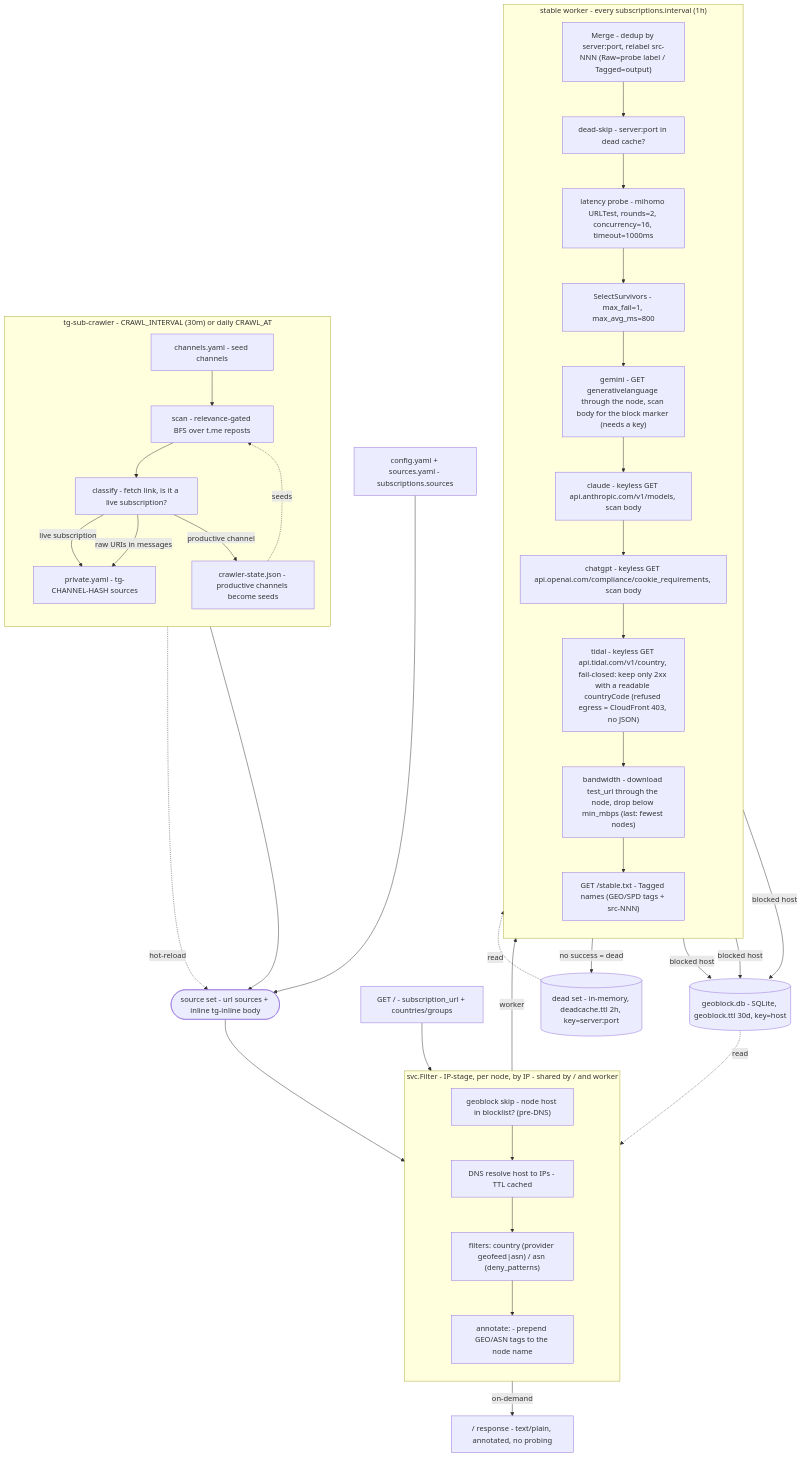
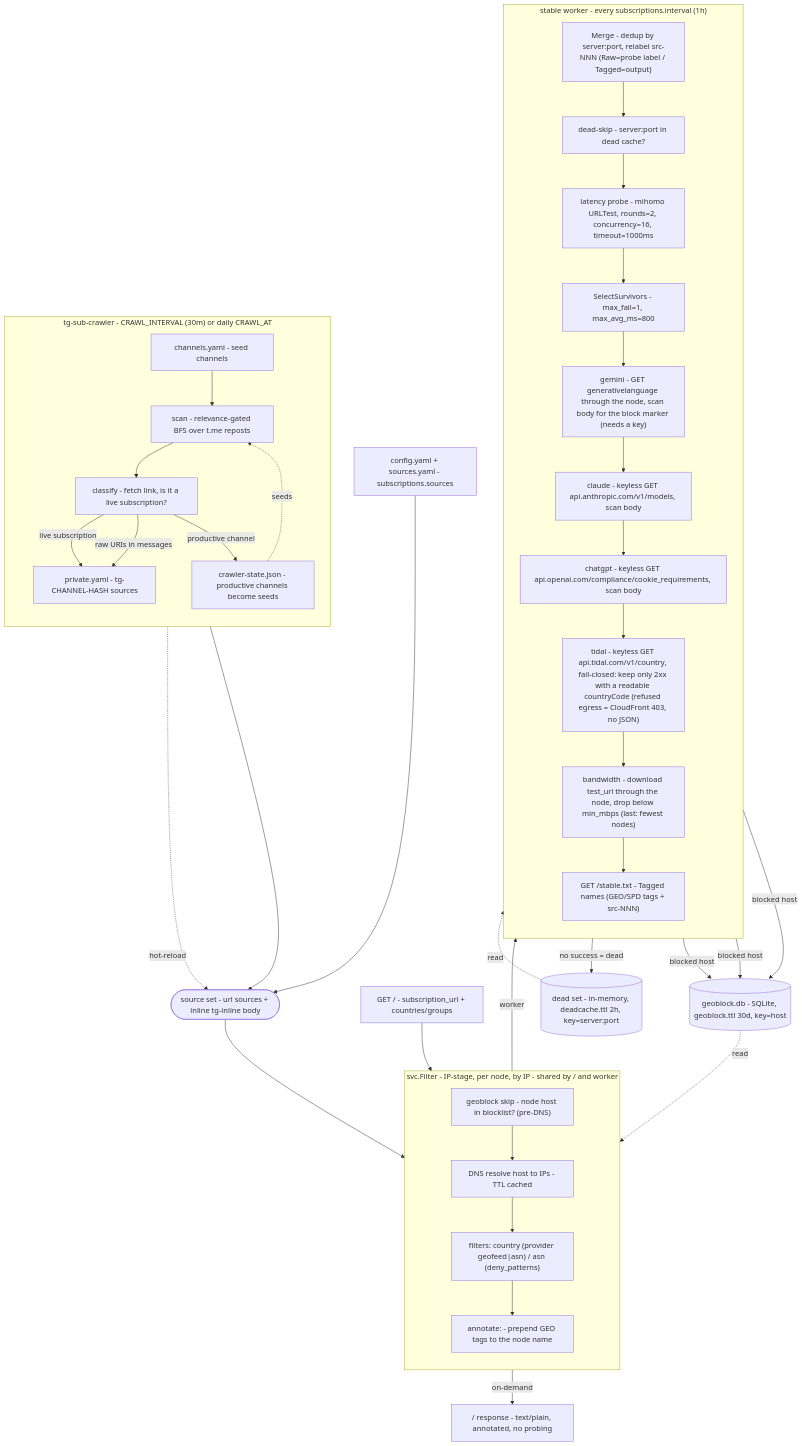
One commit to labi-le/sub-preprocessor changed the diagram in pipeline.mmd. Above: the diagram before and after it, drawn with Mermaid. The commit also changed 15 other files, not shown here.

First line of the commit message:
refactor: remove the ASN annotate tag, keep its strip arm

```diff
--- a/pipeline.mmd
+++ b/pipeline.mmd
@@ -1,69 +1,69 @@
 %% sub-preprocessor - processing pipeline
 %% ONE ordered `filters:` list feeds two stages:
 %%   IP-stage      = country/asn, per node by IP, on / and the worker
 %%   through-node  = gemini/claude/chatgpt/tidal/bandwidth, worker only
 flowchart TD
   %% ================= Crawler =================
   subgraph CRAWLER["tg-sub-crawler - CRAWL_INTERVAL (30m) or daily CRAWL_AT"]
     direction TB
     CH["channels.yaml - seed channels"]
     SCAN["scan - relevance-gated BFS over t.me reposts"]
     CLS["classify - fetch link, is it a live subscription?"]
     STATE["crawler-state.json - productive channels become seeds"]
     CH --> SCAN --> CLS
     CLS -->|live subscription| PRIV["private.yaml - tg-CHANNEL-HASH sources"]
     CLS -->|raw URIs in messages| PRIV
     CLS -->|productive channel| STATE
     STATE -. seeds .-> SCAN
   end
 
   %% ================= Source set =================
   CFG["config.yaml + sources.yaml - subscriptions.sources"]
   SRC(["source set - url sources + inline tg-inline body"])
   CFG --> SRC
   PRIV --> SRC
   PRIV -. hot-reload .-> SRC
 
   %% ================= IP-stage filters (shared by both paths) =================
   subgraph FILTER["svc.Filter - IP-stage, per node, by IP - shared by / and worker"]
     direction TB
     GBH["geoblock skip - node host in blocklist? (pre-DNS)"]
     RES["DNS resolve host to IPs - TTL cached"]
     IPF["filters: country (provider geofeed|asn) / asn (deny_patterns)"]
-    ANN["annotate: - prepend GEO/ASN tags to the node name"]
+    ANN["annotate: - prepend GEO tags to the node name"]
     GBH --> RES --> IPF --> ANN
   end
 
   %% ================= On-demand path (/) =================
   REQ["GET / - subscription_url + countries/groups"] --> FILTER
   FILTER -->|on-demand| OUT1["/ response - text/plain, annotated, no probing"]
 
   %% ================= Stable worker =================
   subgraph WORKER["stable worker - every subscriptions.interval (1h)"]
     direction TB
     MERGE["Merge - dedup by server:port, relabel src-NNN (Raw=probe label / Tagged=output)"]
     DEAD["dead-skip - server:port in dead cache?"]
     LAT["latency probe - mihomo URLTest, rounds=2, concurrency=16, timeout=1000ms"]
     SEL["SelectSurvivors - max_fail=1, max_avg_ms=800"]
     GEM["gemini - GET generativelanguage through the node, scan body for the block marker (needs a key)"]
     CLA["claude - keyless GET api.anthropic.com/v1/models, scan body"]
     CGP["chatgpt - keyless GET api.openai.com/compliance/cookie_requirements, scan body"]
     TDL["tidal - keyless GET api.tidal.com/v1/country, fail-closed: keep only 2xx with a readable countryCode (refused egress = CloudFront 403, no JSON)"]
     BWD["bandwidth - download test_url through the node, drop below min_mbps (last: fewest nodes)"]
     PUBL["GET /stable.txt - Tagged names (GEO/SPD tags + src-NNN)"]
     MERGE --> DEAD --> LAT --> SEL --> GEM --> CLA --> CGP --> TDL --> BWD --> PUBL
   end
   SRC --> FILTER
   FILTER -->|worker| MERGE
 
   %% ================= Stores =================
   GEODB[("geoblock.db - SQLite, geoblock.ttl 30d, key=host")]
   DEADSET[("dead set - in-memory, deadcache.ttl 2h, key=server:port")]
   GEM -->|blocked host| GEODB
   CLA -->|blocked host| GEODB
   CGP -->|blocked host| GEODB
   %% tidal writes nothing: its verdict is a bare status code, too weak a signal
   %% to persist host-wide for the store's TTL.
   GEODB -. read .-> GBH
   LAT -->|no success = dead| DEADSET
   DEADSET -. read .-> DEAD
```
